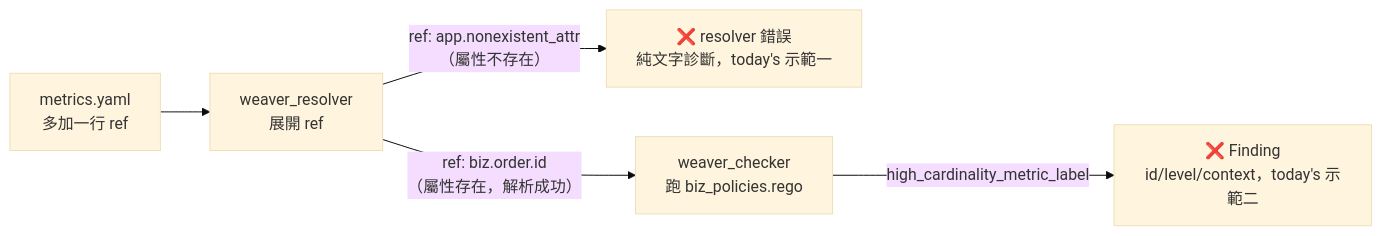
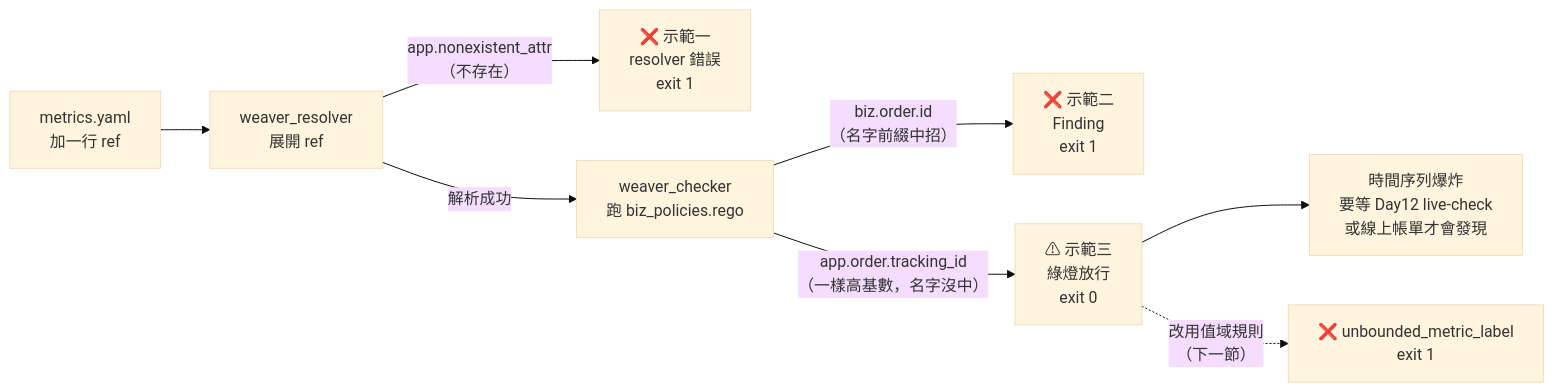
Before and after one commit to tedmax100/o11y-bench: the third of 4 diagrams in weaver-demo/ironman-2026/day08.md, drawn with Mermaid (base theme). The commit also changed other lines of this file and 2 other files, not shown here.

````diff
--- a/weaver-demo/ironman-2026/day08.md
+++ b/weaver-demo/ironman-2026/day08.md
@@ -104,7 +383,10 @@
 ```mermaid
 flowchart LR
-    A["metrics.yaml\n多加一行 ref"] --> B["weaver_resolver\n展開 ref"]
-    B -->|"ref: app.nonexistent_attr\n（屬性不存在）"| B1["❌ resolver 錯誤\n純文字診斷，today's 示範一"]
-    B -->|"ref: biz.order.id\n（屬性存在，解析成功）"| C["weaver_checker\n跑 biz_policies.rego"]
-    C -->|"high_cardinality_metric_label"| C1["❌ Finding\nid/level/context，today's 示範二"]
+    A["metrics.yaml<br/>加一行 ref"] --> B["weaver_resolver<br/>展開 ref"]
+    B -->|"app.nonexistent_attr<br/>（不存在）"| B1["❌ 示範一<br/>resolver 錯誤<br/>exit 1"]
+    B -->|"解析成功"| C["weaver_checker<br/>跑 biz_policies.rego"]
+    C -->|"biz.order.id<br/>（名字前綴中招）"| C1["❌ 示範二<br/>Finding<br/>exit 1"]
+    C -->|"app.order.tracking_id<br/>（一樣高基數，名字沒中）"| C2["⚠ 示範三<br/>綠燈放行<br/>exit 0"]
+    C2 --> D["時間序列爆炸<br/>要等 Day12 live-check<br/>或線上帳單才會發現"]
+    C2 -.->|"改用值域規則<br/>（下一節）"| C3["❌ unbounded_metric_label<br/>exit 1"]
 ```
````
